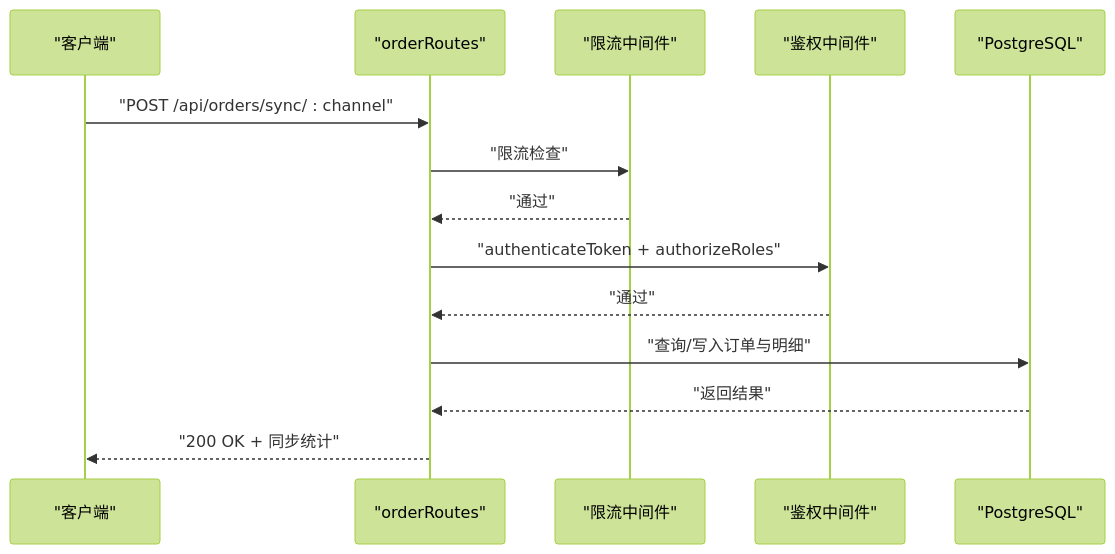
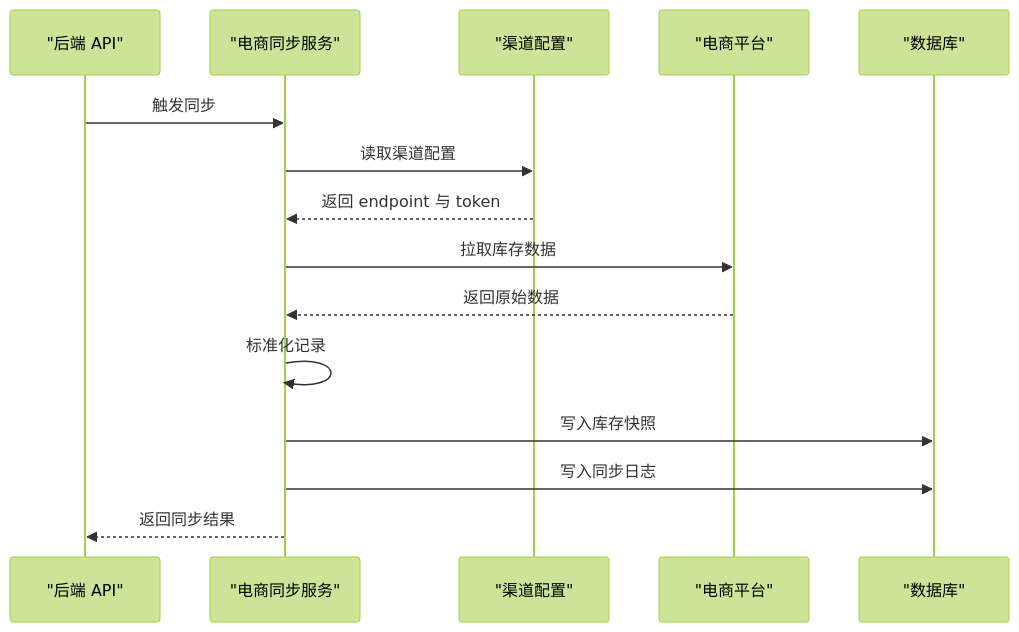
One commit to Juny09/inventory_system changed the fifth of 8 diagrams in .qoder/repowiki/zh/content/项目概述.md. Above: the diagram before and after it, drawn with Mermaid (forest theme). The commit also changed other lines of this file and 171 other files, not shown here.

````diff
--- a/.qoder/repowiki/zh/content/项目概述.md
+++ b/.qoder/repowiki/zh/content/项目概述.md
@@ -221,16 +204,17 @@
 ```mermaid
 sequenceDiagram
-participant C as "客户端"
-participant OR as "orderRoutes"
-participant RL as "限流中间件"
-participant A as "鉴权中间件"
-participant DB as "PostgreSQL"
-C->>OR : "POST /api/orders/sync/ : channel"
-OR->>RL : "限流检查"
-RL-->>OR : "通过"
-OR->>A : "authenticateToken + authorizeRoles"
-A-->>OR : "通过"
-OR->>DB : "查询/写入订单与明细"
-DB-->>OR : "返回结果"
-OR-->>C : "200 OK + 同步统计"
+participant API as "后端 API"
+participant SVC as "电商同步服务"
+participant CFG as "渠道配置"
+participant EXT as "电商平台"
+participant DB as "数据库"
+API->>SVC : 触发同步
+SVC->>CFG : 读取渠道配置
+CFG-->>SVC : 返回 endpoint 与 token
+SVC->>EXT : 拉取库存数据
+EXT-->>SVC : 返回原始数据
+SVC->>SVC : 标准化记录
+SVC->>DB : 写入库存快照
+SVC->>DB : 写入同步日志
+SVC-->>API : 返回同步结果
 ```
````
